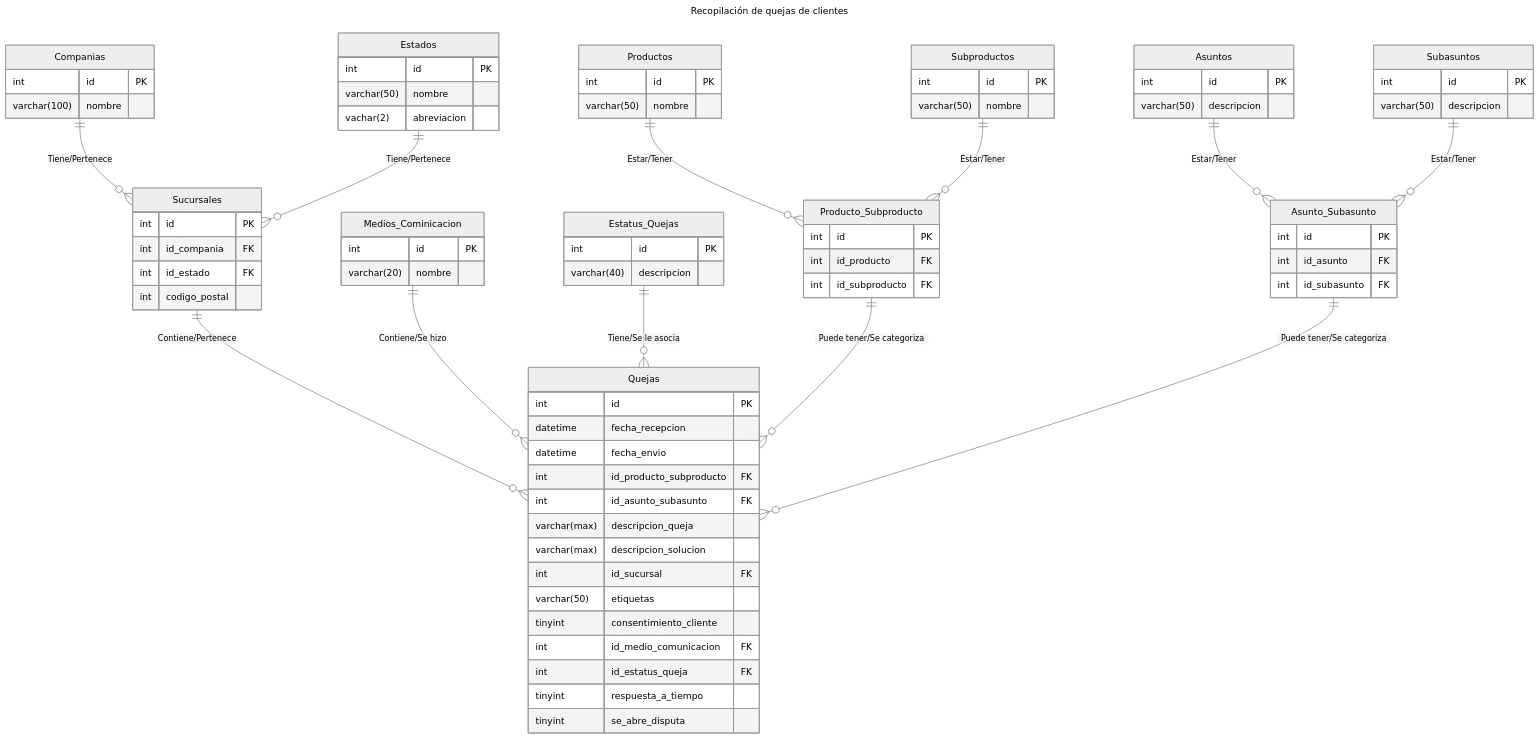
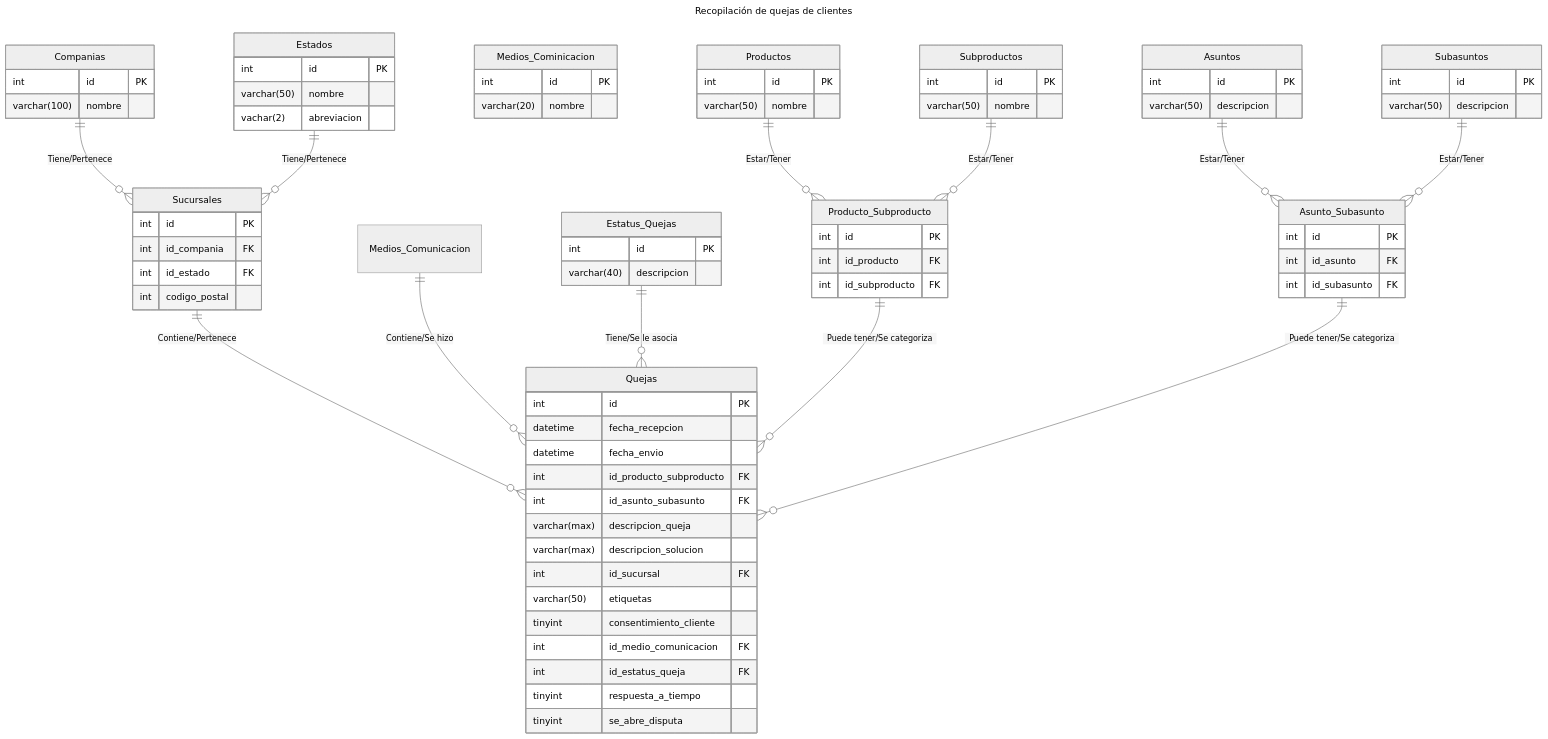
The diagram in Tareas/Tarea_3.md (ClaudiaGtzD/BDR), drawn with Mermaid (neutral theme) before and after one commit. The commit also changed 1 other file, not shown here.

Commit message:
Tarea 4: BD Servicio al Cliente

````diff
--- a/Tareas/Tarea_3.md
+++ b/Tareas/Tarea_3.md
@@ -22,82 +22,82 @@
 ```mermaid
 ---
 title: Recopilación de quejas de clientes
 ---
 
 erDiagram
     Companias {
         int id PK
         varchar(100) nombre
     }
     Companias ||--o{ Sucursales : "Tiene/Pertenece"
     Estados {
         int id PK
         varchar(50) nombre
         vachar(2) abreviacion
     }
     Estados ||--o{ Sucursales  : "Tiene/Pertenece"
     Sucursales{
         int id PK
         int id_compania FK
         int id_estado FK
         int codigo_postal
     }
     Sucursales ||--o{ Quejas : "Contiene/Pertenece"
     Medios_Cominicacion{
         int id PK
         varchar(20) nombre
     }
-    Medios_Cominicacion ||--o{ Quejas : "Contiene/Se hizo"
+    Medios_Comunicacion ||--o{ Quejas : "Contiene/Se hizo"
     Estatus_Quejas{
         int id PK
         varchar(40) descripcion
     }
     Estatus_Quejas ||--o{ Quejas : "Tiene/Se le asocia"
     Productos{
         int id PK
         varchar(50) nombre
     }
     Productos ||--o{ Producto_Subproducto : "Estar/Tener"
     Subproductos{
         int id PK
         varchar(50) nombre
     }
     Subproductos ||--o{ Producto_Subproducto : "Estar/Tener"
     Producto_Subproducto{
         int id PK
         int id_producto FK
         int id_subproducto FK
     }
     Producto_Subproducto ||--o{ Quejas : "Puede tener/Se categoriza"
     Asuntos{
         int id PK
         varchar(50) descripcion
     }
     Asuntos ||--o{ Asunto_Subasunto : "Estar/Tener"
     Subasuntos{
         int id PK 
         varchar(50) descripcion
     }
     Subasuntos ||--o{ Asunto_Subasunto : "Estar/Tener"
     Asunto_Subasunto{
         int id PK
         int id_asunto FK
         int id_subasunto FK
     }
     Asunto_Subasunto ||--o{ Quejas : "Puede tener/Se categoriza"
     Quejas{
         int id PK
         datetime fecha_recepcion
         datetime fecha_envio
         int id_producto_subproducto FK
         int id_asunto_subasunto FK
         varchar(max) descripcion_queja
         varchar(max) descripcion_solucion
         int id_sucursal FK
         varchar(50) etiquetas
         tinyint consentimiento_cliente
         int id_medio_comunicacion FK
         int id_estatus_queja FK
         tinyint respuesta_a_tiempo
         tinyint se_abre_disputa}
 ```
````
